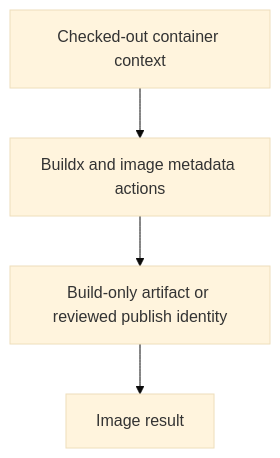
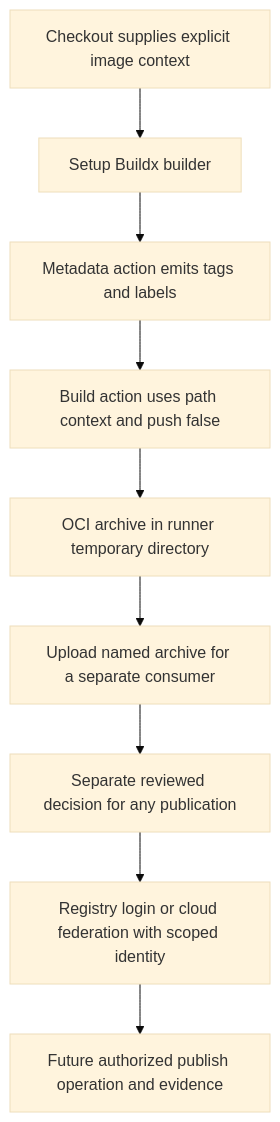
Before and after one commit to Rohit1024/actions-learn: the diagram in docs/lessons/0040-docker-build-and-cloud-auth-actions.md, drawn with Mermaid (base theme). The commit also changed other lines of this file and 206 other files, not shown here.

````diff
--- a/docs/lessons/0040-docker-build-and-cloud-auth-actions.md
+++ b/docs/lessons/0040-docker-build-and-cloud-auth-actions.md
@@ -46,6 +61,11 @@
 ```mermaid
 flowchart TD
-    A["Checked-out container context"] --> B["Buildx and image metadata actions"]
-    B --> C["Build-only artifact or reviewed publish identity"]
-    C --> D["Image result"]
+    Checkout["Checkout supplies explicit image context"] --> Builder["Setup Buildx builder"]
+    Builder --> Metadata["Metadata action emits tags and labels"]
+    Metadata --> Build["Build action uses path context and push false"]
+    Build --> OCI["OCI archive in runner temporary directory"]
+    OCI --> Artifact["Upload named archive for a separate consumer"]
+    Artifact --> Review["Separate reviewed decision for any publication"]
+    Review --> Identity["Registry login or cloud federation with scoped identity"]
+    Identity --> Publish["Future authorized publish operation and evidence"]
 ```
````
